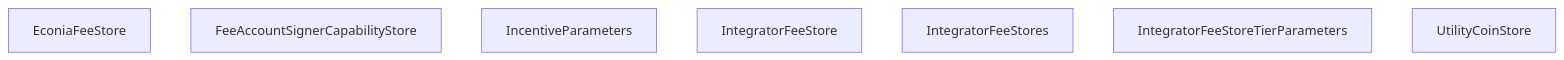
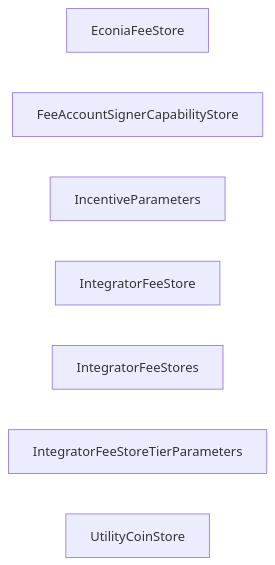
Before and after one commit to econia-labs/econia: the first of 6 diagrams in doc/diagrams/src/modules/incentives.md, drawn with Mermaid. The commit also changed other lines of this file and 2 other files, not shown here.

Commit message:
Refactor for pass-by-value, readability

````diff
--- a/doc/diagrams/src/modules/incentives.md
+++ b/doc/diagrams/src/modules/incentives.md
@@ -13,13 +13,13 @@
 ```mermaid
 
-flowchart TB
+flowchart LR
 
 EconiaFeeStore
 FeeAccountSignerCapabilityStore
 IncentiveParameters
 IntegratorFeeStore
 IntegratorFeeStores
 IntegratorFeeStoreTierParameters
 UtilityCoinStore
 
 ```
````
